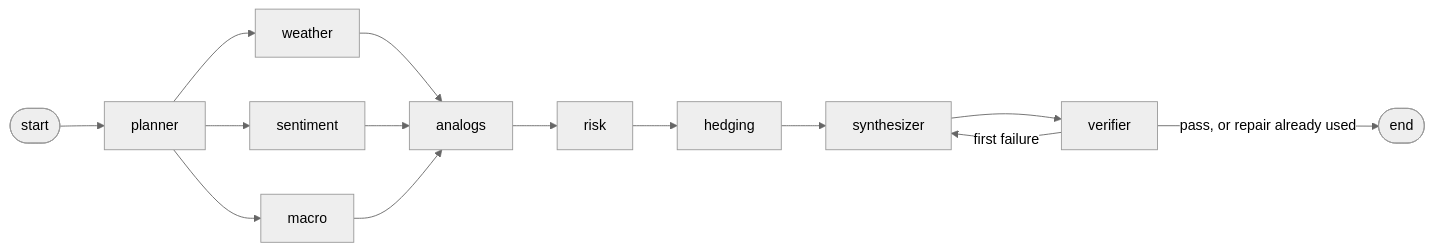
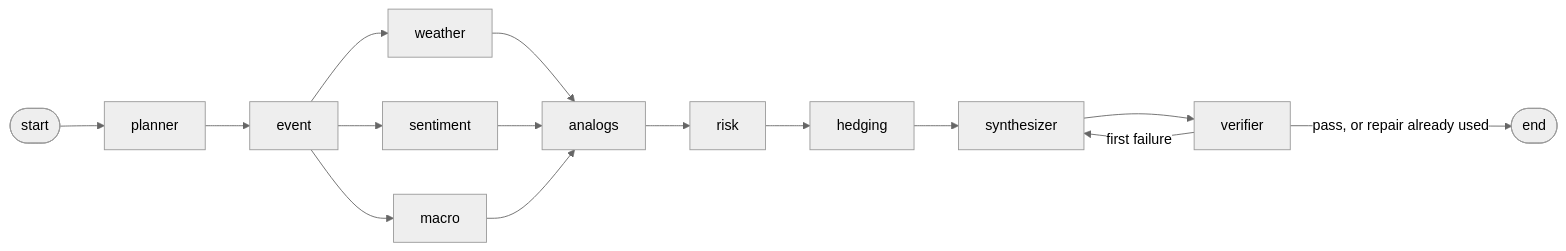
Before and after one commit to Akashjaiswal-IT/FinAnalyse: the first of 2 diagrams in docs/SPEC.md, drawn with Mermaid (neutral theme). The commit also changed other lines of this file and 2 other files, not shown here.

First line of the commit message:
docs: generalise spec from Gulf hurricanes to any market event (v2 proposal)

````diff
--- a/docs/SPEC.md
+++ b/docs/SPEC.md
@@ -253,9 +284,9 @@
 ```mermaid
 flowchart LR
-  S([start]) --> planner
-  planner --> weather & sentiment & macro
+  S([start]) --> planner --> event
+  event --> weather & sentiment & macro
   weather & sentiment & macro --> analogs
   analogs --> risk --> hedging --> synthesizer --> verifier
   verifier -->|pass, or repair already used| E([end])
   verifier -->|first failure| synthesizer
 ```
````
